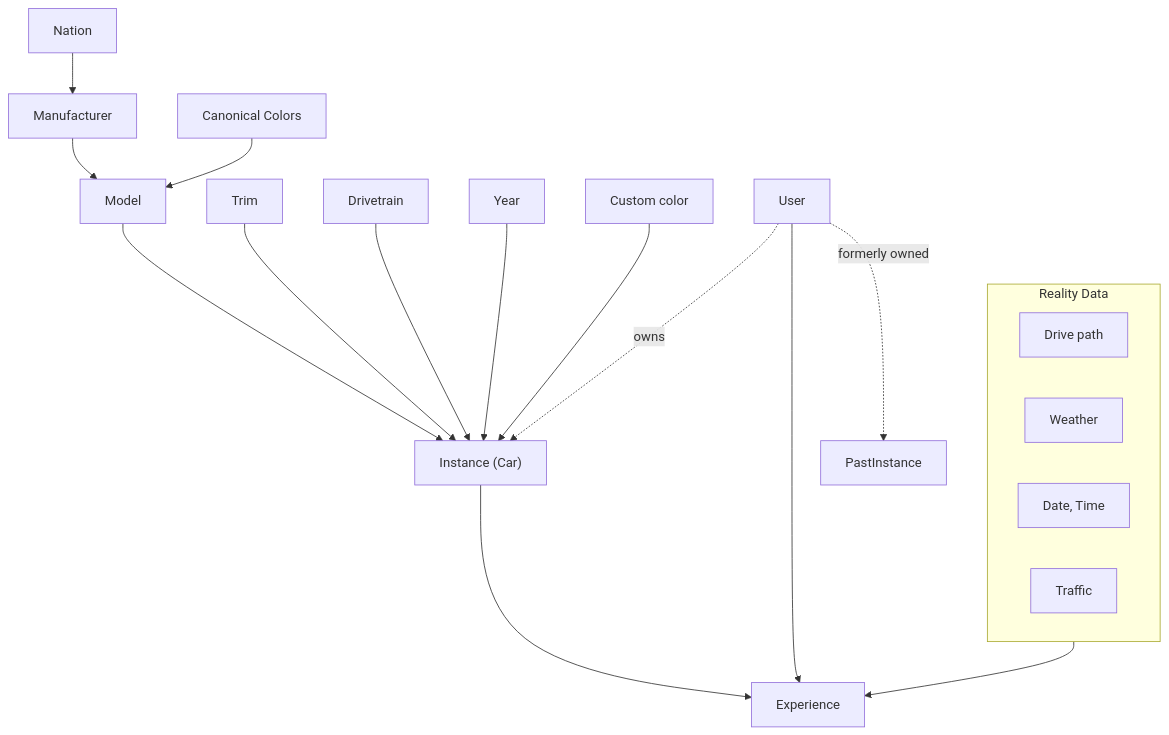
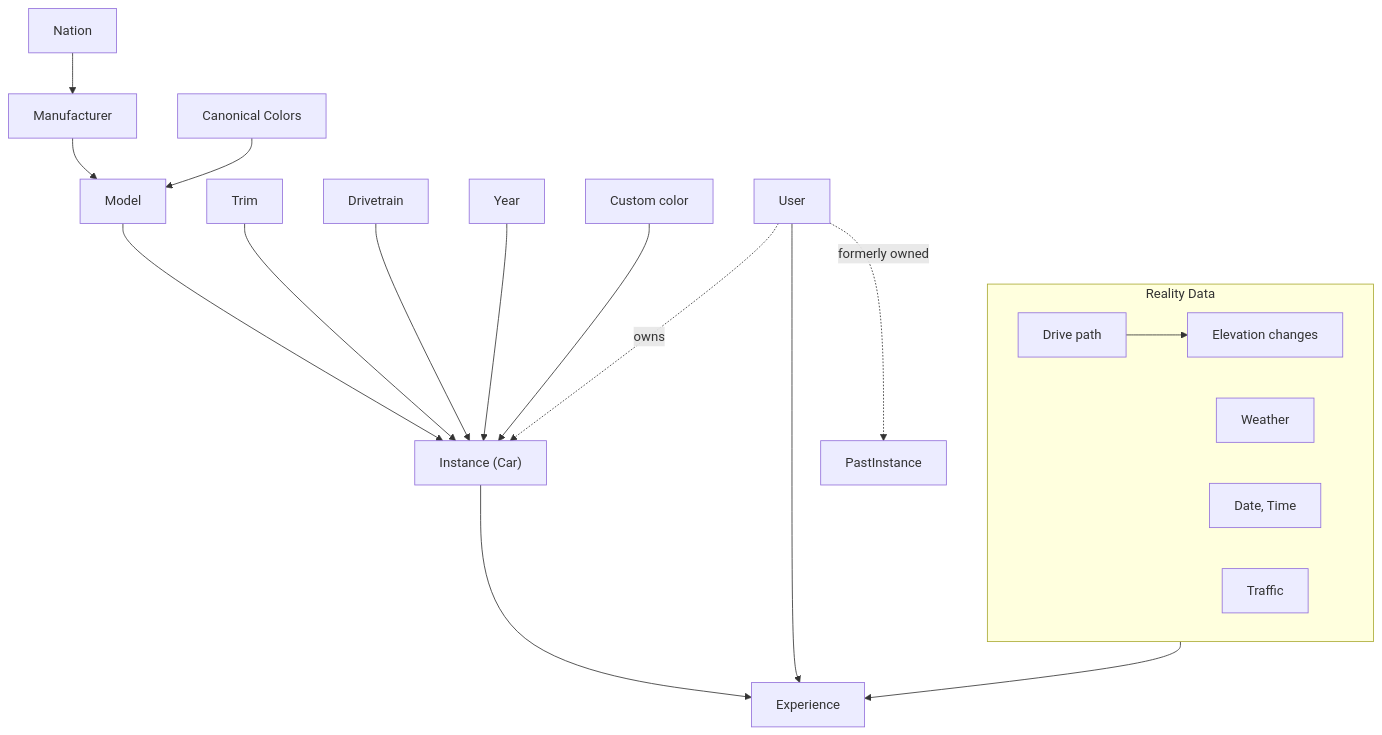
One commit to UUeird/dyno changed the diagram in docs/product.md. Above: the diagram before and after it, drawn with Mermaid.

Commit message:
Add Elevation changes node under Drive path in Reality Data

````diff
--- a/docs/product.md
+++ b/docs/product.md
@@ -7,20 +7,20 @@
 ```mermaid
 flowchart TD
     Nation --> Manufacturer --> Model --> Instance["Instance (Car)"] --> Experience
     Trim --> Instance
     Drivetrain --> Instance
     Year --> Instance
     User --> Experience
     CanonicalColors["Canonical Colors"] --> Model
     CustomColor["Custom color"] --> Instance
     User -. owns .-> Instance
     User -. formerly owned .-> PastInstance
 
     subgraph RealityData["Reality Data"]
-        DrivePath["Drive path"]
+        DrivePath["Drive path"] --> Elevation["Elevation changes"]
         Weather
         DateTime["Date, Time"]
         Traffic
     end
     RealityData --> Experience
 ```
````
